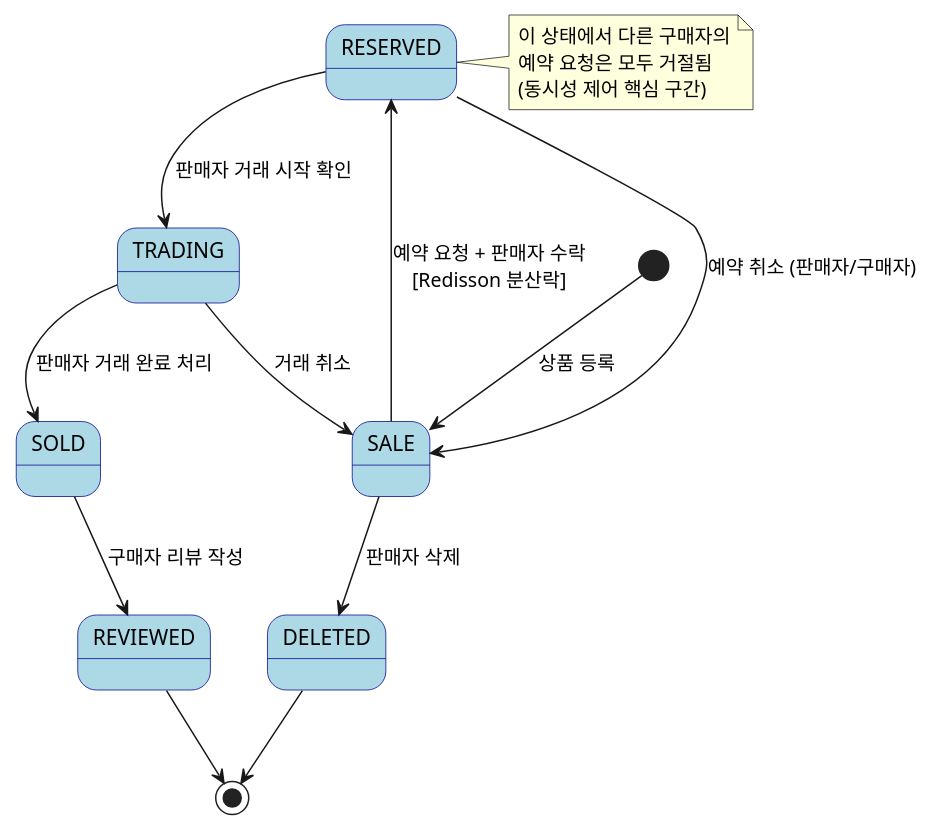
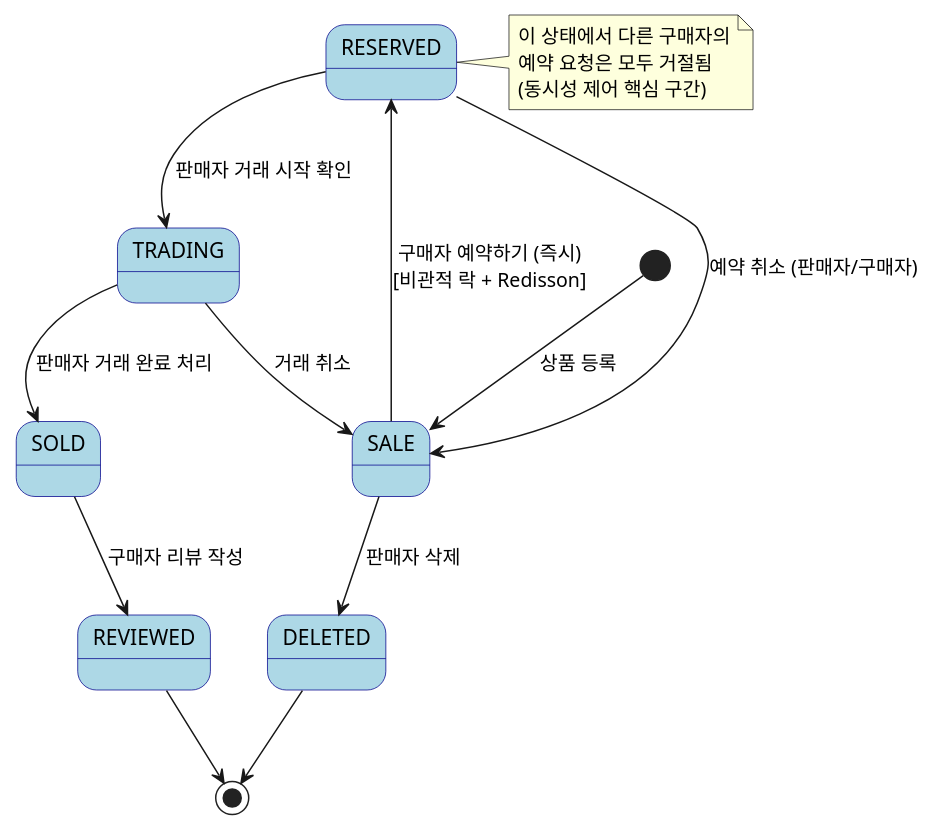
One commit to Team-5th-Chat-prj/docs changed the second of 2 diagrams in v1/03-유스케이스 명세서.md. Above: the diagram before and after it, drawn with PlantUML. The commit also changed other lines of this file and 8 other files, not shown here.

````diff
--- a/v1/03-유스케이스 명세서.md
+++ b/v1/03-유스케이스 명세서.md
@@ -379,30 +380,30 @@
 ```plantuml
 @startuml
 skinparam state {
   BackgroundColor LightBlue
   BorderColor DarkBlue
 }
 
 [*] --> SALE : 상품 등록
 
-SALE --> RESERVED : 예약 요청 + 판매자 수락\n[Redisson 분산락]
+SALE --> RESERVED : 구매자 예약하기 (즉시)\n[비관적 락 + Redisson]
 SALE --> DELETED : 판매자 삭제
 
 RESERVED --> SALE : 예약 취소 (판매자/구매자)
 RESERVED --> TRADING : 판매자 거래 시작 확인
 
 TRADING --> SOLD : 판매자 거래 완료 처리
 TRADING --> SALE : 거래 취소
 
 SOLD --> REVIEWED : 구매자 리뷰 작성
 
 REVIEWED --> [*]
 DELETED --> [*]
 
 note right of RESERVED
   이 상태에서 다른 구매자의
   예약 요청은 모두 거절됨
   (동시성 제어 핵심 구간)
 end note
 @enduml
 ```
````
